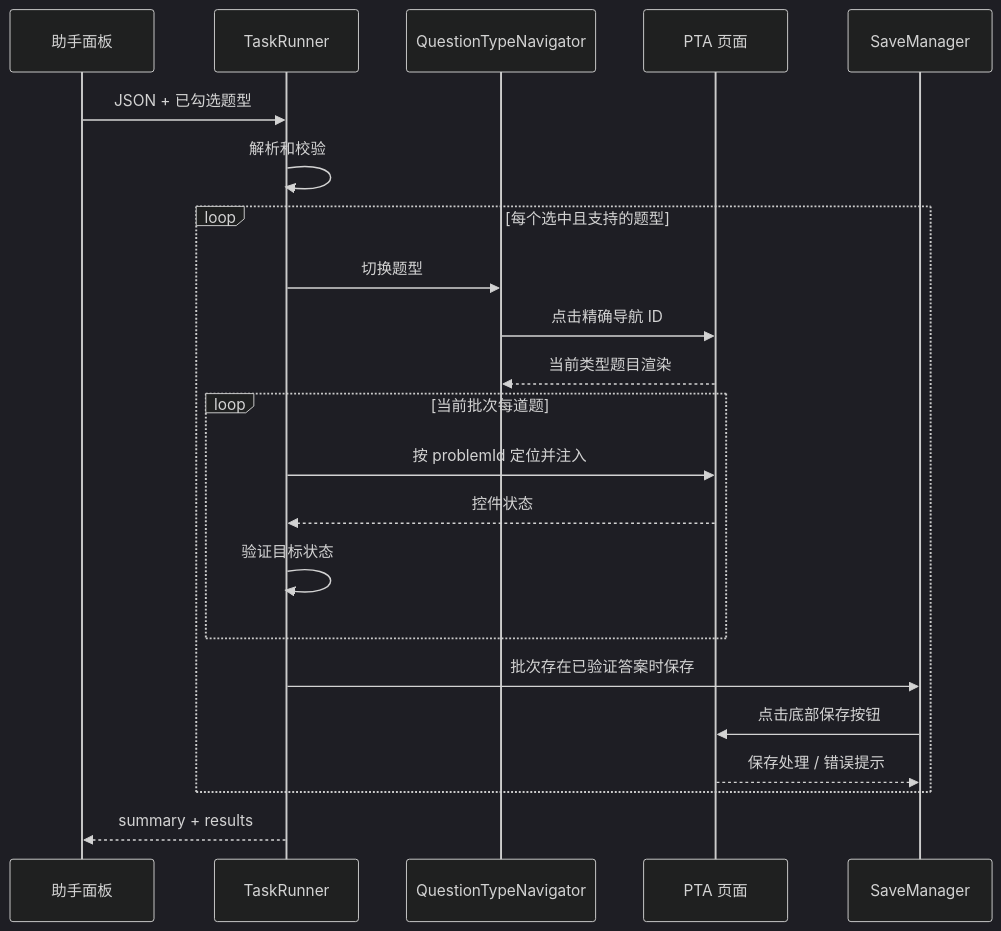
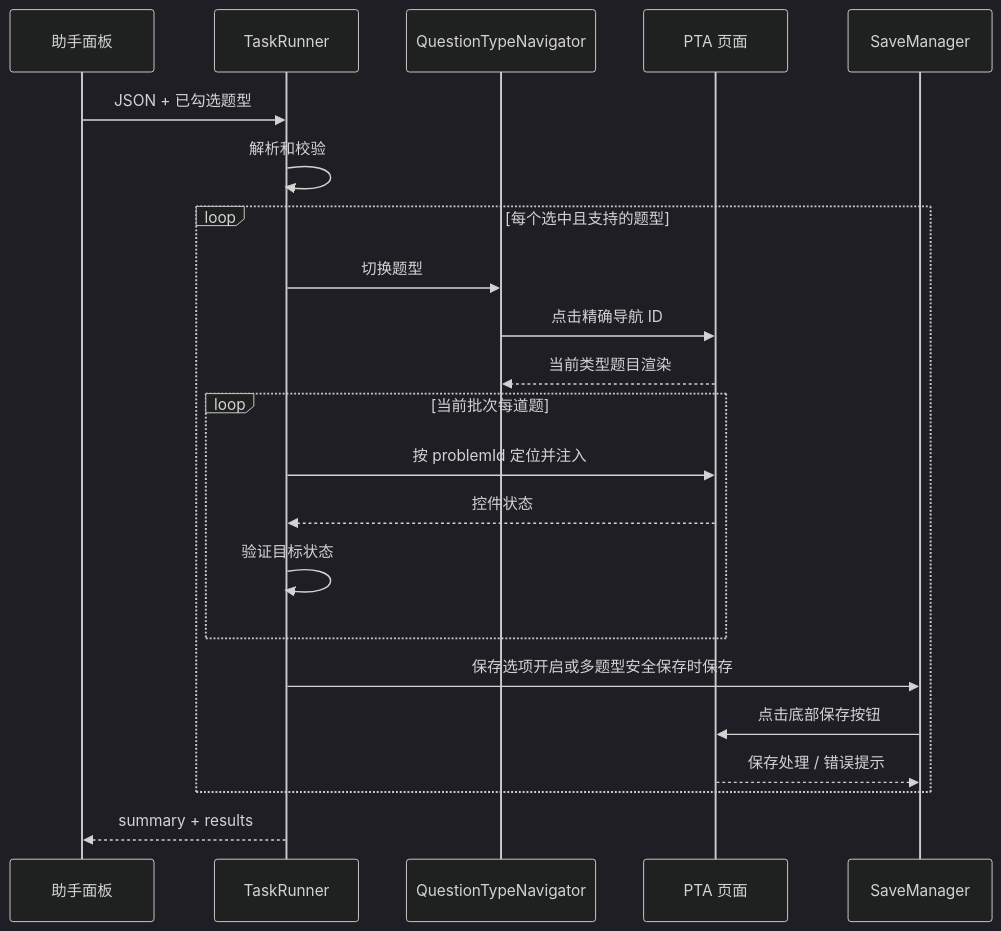
One commit to quynj/pintia-answer-extension changed the diagram in docs/answer-fill-design.md. Above: the diagram before and after it, drawn with Mermaid (dark theme). The commit also changed other lines of this file and 6 other files, not shown here.

````diff
--- a/docs/answer-fill-design.md
+++ b/docs/answer-fill-design.md
@@ -52,24 +52,24 @@
 ```mermaid
 sequenceDiagram
   participant Panel as 助手面板
   participant Runner as TaskRunner
   participant Nav as QuestionTypeNavigator
   participant PTA as PTA 页面
   participant Save as SaveManager
   Panel->>Runner: JSON + 已勾选题型
   Runner->>Runner: 解析和校验
   loop 每个选中且支持的题型
     Runner->>Nav: 切换题型
     Nav->>PTA: 点击精确导航 ID
     PTA-->>Nav: 当前类型题目渲染
     loop 当前批次每道题
       Runner->>PTA: 按 problemId 定位并注入
       PTA-->>Runner: 控件状态
       Runner->>Runner: 验证目标状态
     end
-    Runner->>Save: 批次存在已验证答案时保存
+    Runner->>Save: 保存选项开启或多题型安全保存时保存
     Save->>PTA: 点击底部保存按钮
     PTA-->>Save: 保存处理 / 错误提示
   end
   Runner-->>Panel: summary + results
 ```
````
